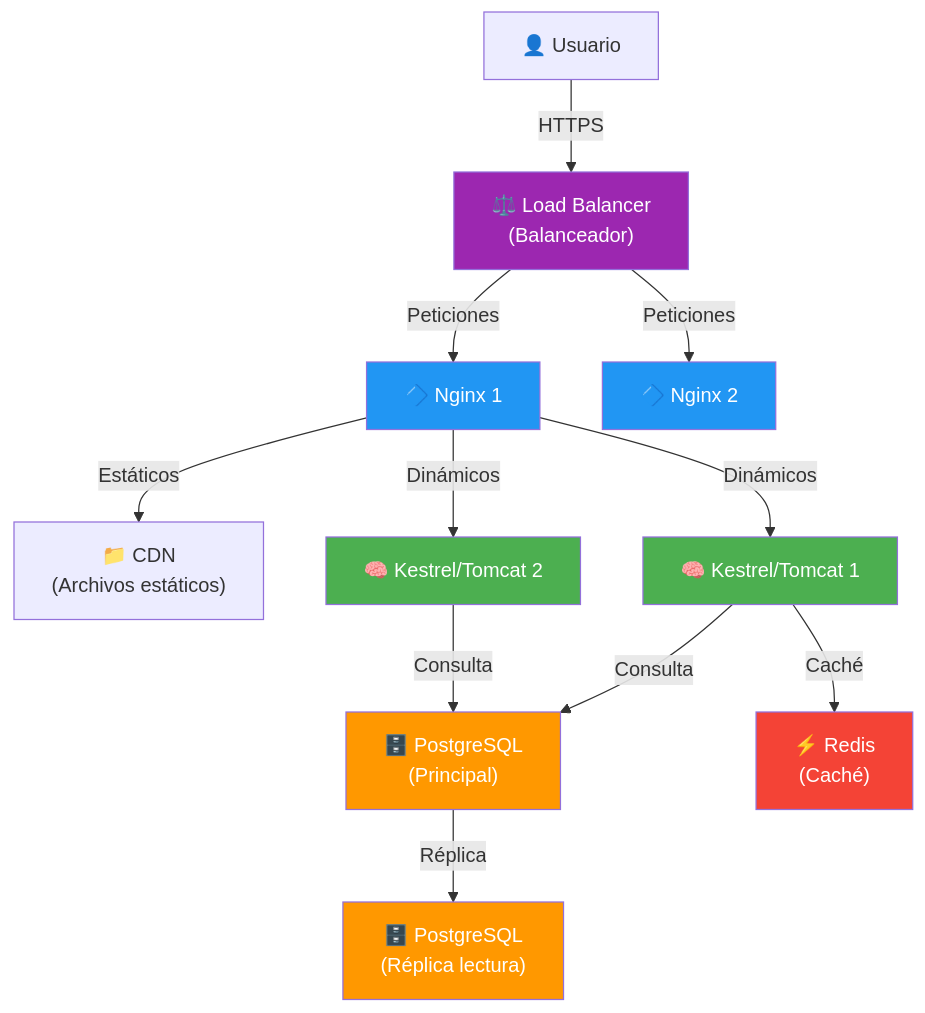
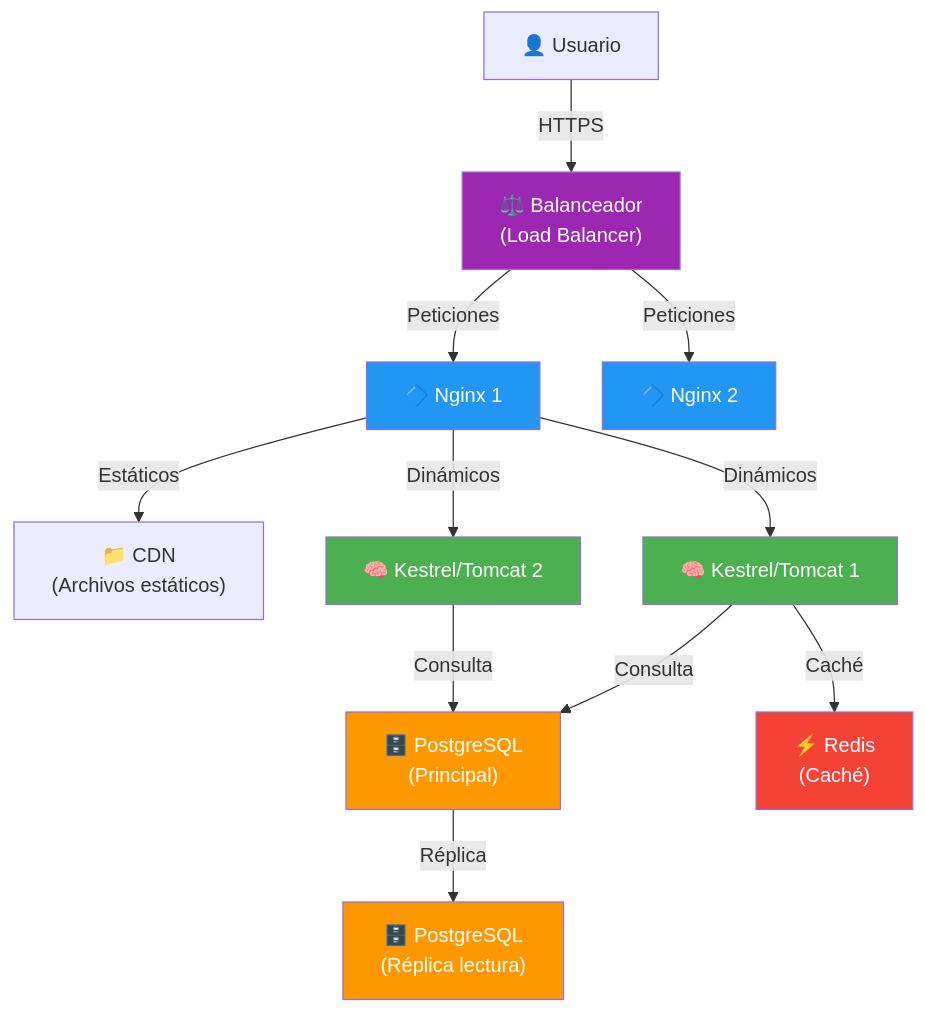
One commit to joseluisgs/DesarrolloWebEntornosServidor-01-2026-2027 changed the fourth of 4 diagrams in 08-servidores-web.md. Above: the diagram before and after it, drawn with Mermaid. The commit also changed other lines of this file and 77 other files, not shown here.

````diff
--- a/08-servidores-web.md
+++ b/08-servidores-web.md
@@ -334,22 +335,22 @@
 ```mermaid
 graph TD
-    C["👤 Usuario"] -->|"HTTPS"| LB["⚖️ Load Balancer<br/>(Balanceador)"]
+    C["👤 Usuario"] -->|"HTTPS"| LB["⚖️ Balanceador<br/>(Load Balancer)"]
     LB -->|"Peticiones"| N1["🔷 Nginx 1"]
     LB -->|"Peticiones"| N2["🔷 Nginx 2"]
     N1 -->|"Estáticos"| D1["📁 CDN<br/>(Archivos estáticos)"]
     N1 -->|"Dinámicos"| A1["🧠 Kestrel/Tomcat 1"]
     N1 -->|"Dinámicos"| A2["🧠 Kestrel/Tomcat 2"]
     A1 -->|"Consulta"| DB1["🗄️ PostgreSQL<br/>(Principal)"]
     A2 -->|"Consulta"| DB1
     DB1 -->|"Réplica"| DB2["🗄️ PostgreSQL<br/>(Réplica lectura)"]
     A1 -->|"Caché"| R["⚡ Redis<br/>(Caché)"]
 
     style LB fill:#9C27B0,color:#fff
     style N1 fill:#2196F3,color:#fff
     style N2 fill:#2196F3,color:#fff
     style A1 fill:#4CAF50,color:#fff
     style A2 fill:#4CAF50,color:#fff
     style DB1 fill:#FF9800,color:#fff
     style DB2 fill:#FF9800,color:#fff
     style R fill:#f44336,color:#fff
 ```
````
